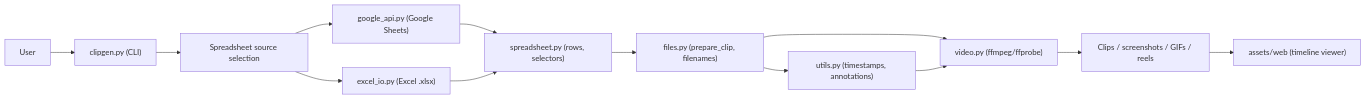
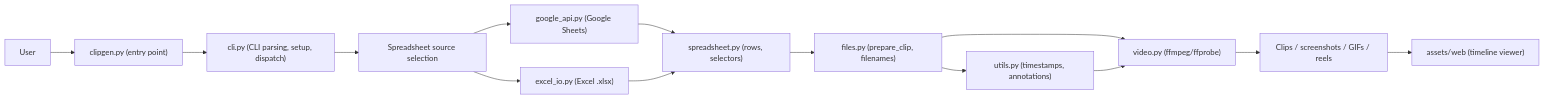
One commit to henedl/clipgen changed the diagram in CLAUDE.md. Above: the diagram before and after it, drawn with Mermaid. The commit also changed other lines of this file and 7 other files, not shown here.

````diff
--- a/CLAUDE.md
+++ b/CLAUDE.md
@@ -28,20 +29,21 @@
 ```mermaid
 flowchart LR
-  user["User"] --> cli["clipgen.py (CLI)"]
+  user["User"] --> entry["clipgen.py (entry point)"]
+  entry --> cli["cli.py (CLI parsing, setup, dispatch)"]
 
   cli --> sheetSource["Spreadsheet source selection"]
   sheetSource --> googleSheets["google_api.py (Google Sheets)"]
   sheetSource --> excelSheets["excel_io.py (Excel .xlsx)"]
 
   googleSheets --> spreadsheetLayer["spreadsheet.py (rows, selectors)"]
   excelSheets --> spreadsheetLayer
 
   spreadsheetLayer --> filesLayer["files.py (prepare_clip, filenames)"]
   filesLayer --> utilsLayer["utils.py (timestamps, annotations)"]
   filesLayer --> videoLayer["video.py (ffmpeg/ffprobe)"]
 
   utilsLayer --> videoLayer
   videoLayer --> artifacts["Clips / screenshots / GIFs / reels"]
 
   artifacts --> viewer["assets/web (timeline viewer)"]
 ```
````
